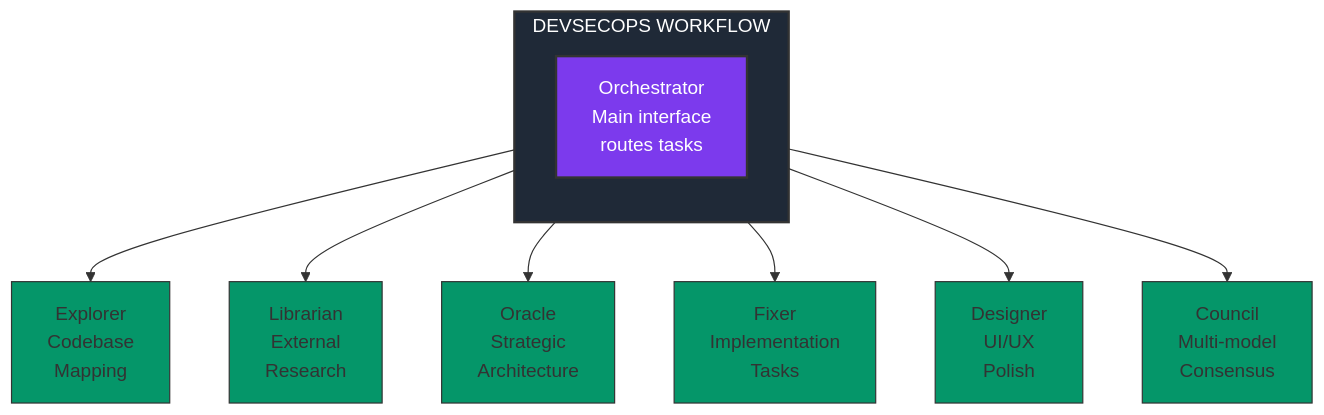
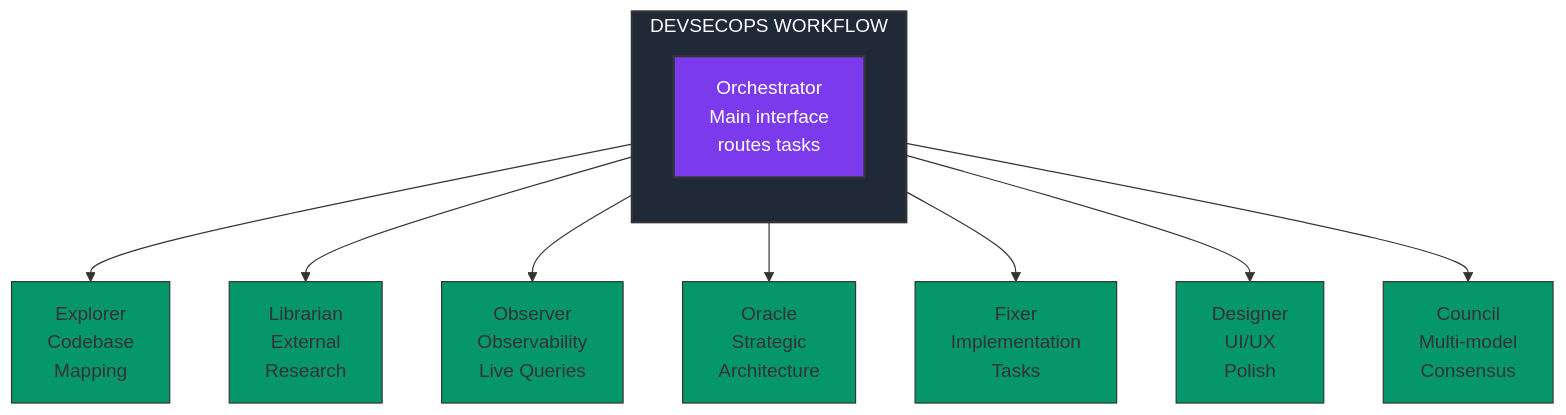
The first of 6 diagrams in docs-site/content/docs/architecture.md (adurrr/ai-devsecops-workflows), drawn with Mermaid before and after one commit. The commit also changed other lines of this file and 18 other files, not shown here.

First line of the commit message:
feat(agent): add Observer — dedicated observability & monitoring agent

````diff
--- a/docs-site/content/docs/architecture.md
+++ b/docs-site/content/docs/architecture.md
@@ -23,23 +23,25 @@
 ```mermaid
 flowchart TD
     subgraph DEVSECOPS["DEVSECOPS WORKFLOW"]
         direction TB
         O[Orchestrator<br/>Main interface<br/>routes tasks]
     end
     
     O --> E[Explorer<br/>Codebase<br/>Mapping]
     O --> L[Librarian<br/>External<br/>Research]
+    O --> Ob[Observer<br/>Observability<br/>Live Queries]
     O --> Or[Oracle<br/>Strategic<br/>Architecture]
     O --> F[Fixer<br/>Implementation<br/>Tasks]
     O --> D[Designer<br/>UI/UX<br/>Polish]
     O --> C[Council<br/>Multi-model<br/>Consensus]
     
     style DEVSECOPS fill:#1f2937,stroke:#333,stroke-width:2px,color:#fff
     style O fill:#7c3aed,stroke:#333,stroke-width:2px,color:#fff
     style E fill:#059669,stroke:#333,stroke-width:1px
     style L fill:#059669,stroke:#333,stroke-width:1px
+    style Ob fill:#059669,stroke:#333,stroke-width:1px
     style Or fill:#059669,stroke:#333,stroke-width:1px
     style F fill:#059669,stroke:#333,stroke-width:1px
     style D fill:#059669,stroke:#333,stroke-width:1px
     style C fill:#059669,stroke:#333,stroke-width:1px
 ```
````
